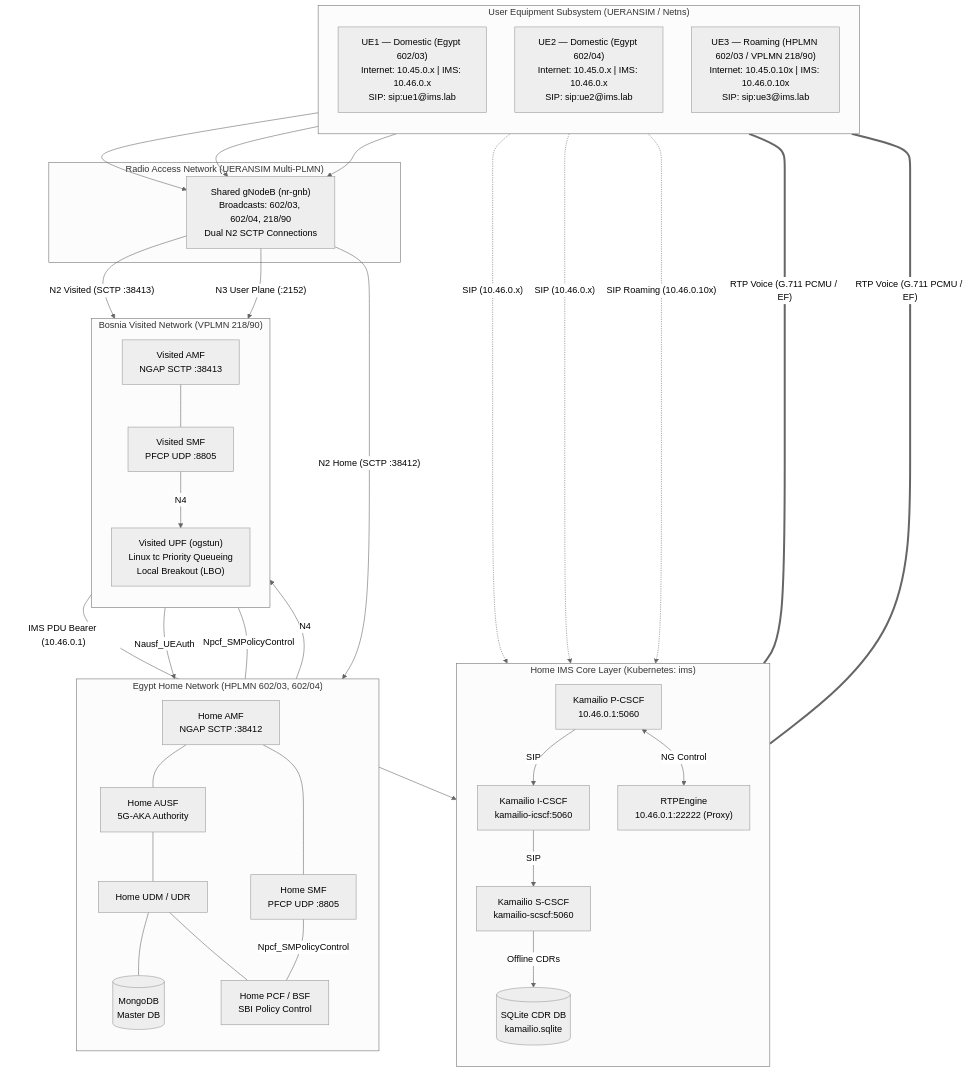
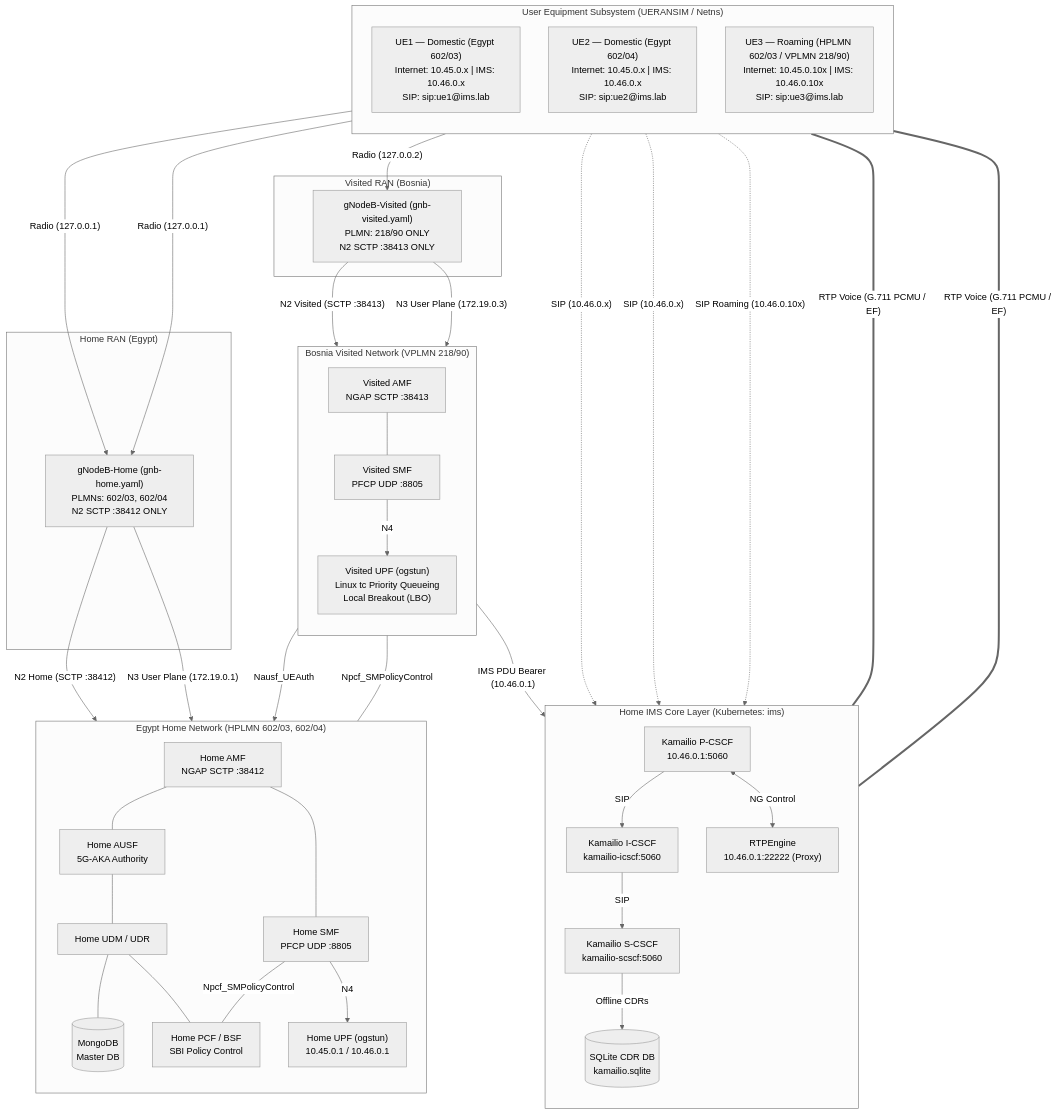
The diagram in README.md (khattabpi/Open-Telecom-Lab), drawn with Mermaid (neutral theme) before and after one commit. The commit also changed other lines of this file and 12 other files, not shown here.

Commit message:
feat(ran): isolate Home and Visited gNodeB instances for inter-PLMN roaming

````diff
--- a/README.md
+++ b/README.md
@@ -33,73 +33,80 @@
 ```mermaid
 flowchart TB
     subgraph UES["User Equipment Subsystem (UERANSIM / Netns)"]
         direction TB
         UE1["UE1 — Domestic (Egypt 602/03)<br/>Internet: 10.45.0.x | IMS: 10.46.0.x<br/>SIP: sip:ue1@ims.lab"]
         UE2["UE2 — Domestic (Egypt 602/04)<br/>Internet: 10.45.0.x | IMS: 10.46.0.x<br/>SIP: sip:ue2@ims.lab"]
         UE3["UE3 — Roaming (HPLMN 602/03 / VPLMN 218/90)<br/>Internet: 10.45.0.10x | IMS: 10.46.0.10x<br/>SIP: sip:ue3@ims.lab"]
     end
 
-    subgraph RAN["Radio Access Network (UERANSIM Multi-PLMN)"]
-        GNB["Shared gNodeB (nr-gnb)<br/>Broadcasts: 602/03, 602/04, 218/90<br/>Dual N2 SCTP Connections"]
+    subgraph RAN_HOME["Home RAN (Egypt)"]
+        GNB_HOME["gNodeB-Home (gnb-home.yaml)<br/>PLMNs: 602/03, 602/04<br/>N2 SCTP :38412 ONLY"]
+    end
+
+    subgraph RAN_VISITED["Visited RAN (Bosnia)"]
+        GNB_VISITED["gNodeB-Visited (gnb-visited.yaml)<br/>PLMN: 218/90 ONLY<br/>N2 SCTP :38413 ONLY"]
     end
 
     subgraph EGYPT_HPLMN["Egypt Home Network (HPLMN 602/03, 602/04)"]
         direction TB
         HAMF["Home AMF<br/>NGAP SCTP :38412"]
         HSMF["Home SMF<br/>PFCP UDP :8805"]
         HAUSF["Home AUSF<br/>5G-AKA Authority"]
         HUDM["Home UDM / UDR"]
         HPCF["Home PCF / BSF<br/>SBI Policy Control"]
+        HUPF["Home UPF (ogstun)<br/>10.45.0.1 / 10.46.0.1"]
         HMONGO[("MongoDB<br/>Master DB")]
     end
 
     subgraph BOSNIA_VPLMN["Bosnia Visited Network (VPLMN 218/90)"]
         direction TB
         VAMF["Visited AMF<br/>NGAP SCTP :38413"]
         VSMF["Visited SMF<br/>PFCP UDP :8805"]
         VUPF["Visited UPF (ogstun)<br/>Linux tc Priority Queueing<br/>Local Breakout (LBO)"]
     end
 
     subgraph IMS_CORE["Home IMS Core Layer (Kubernetes: ims)"]
         direction TB
         PCSCF["Kamailio P-CSCF<br/>10.46.0.1:5060"]
         ICSCF["Kamailio I-CSCF<br/>kamailio-icscf:5060"]
         SCSCF["Kamailio S-CSCF<br/>kamailio-scscf:5060"]
         RTPENG["RTPEngine<br/>10.46.0.1:22222 (Proxy)"]
         SQLDB[("SQLite CDR DB<br/>kamailio.sqlite")]
     end
 
-    UE1 --> GNB
-    UE2 --> GNB
-    UE3 --> GNB
+    UE1 -->|"Radio (127.0.0.1)"| GNB_HOME
+    UE2 -->|"Radio (127.0.0.1)"| GNB_HOME
+    UE3 -->|"Radio (127.0.0.2)"| GNB_VISITED
 
-    GNB -->|"N2 Home (SCTP :38412)"| HAMF
-    GNB -->|"N2 Visited (SCTP :38413)"| VAMF
-    GNB -->|"N3 User Plane (:2152)"| VUPF
+    GNB_HOME -->|"N2 Home (SCTP :38412)"| HAMF
+    GNB_VISITED -->|"N2 Visited (SCTP :38413)"| VAMF
+
+    GNB_HOME -->|"N3 User Plane (172.19.0.1)"| HUPF
+    GNB_VISITED -->|"N3 User Plane (172.19.0.3)"| VUPF
 
     HAMF --- HAUSF
     VAMF -->|"Nausf_UEAuth"| HAUSF
     HAUSF --- HUDM
     HUDM --- HMONGO
     HUDM --- HPCF
 
     HAMF --- HSMF
     VAMF --- VSMF
     HSMF ---|"Npcf_SMPolicyControl"| HPCF
     VSMF ---|"Npcf_SMPolicyControl"| HPCF
-    HSMF -->|"N4"| VUPF
+    HSMF -->|"N4"| HUPF
     VSMF -->|"N4"| VUPF
 
     VUPF -->|"IMS PDU Bearer (10.46.0.1)"| PCSCF
     PCSCF -->|"SIP"| ICSCF
     ICSCF -->|"SIP"| SCSCF
     SCSCF -->|"Offline CDRs"| SQLDB
     PCSCF <-->|"NG Control"| RTPENG
 
     UE1 -.->|"SIP (10.46.0.x)"| PCSCF
     UE2 -.->|"SIP (10.46.0.x)"| PCSCF
     UE3 -.->|"SIP Roaming (10.46.0.10x)"| PCSCF
 
     UE1 ===|"RTP Voice (G.711 PCMU / EF)"| RTPENG
     UE3 ===|"RTP Voice (G.711 PCMU / EF)"| RTPENG
 ```
````
